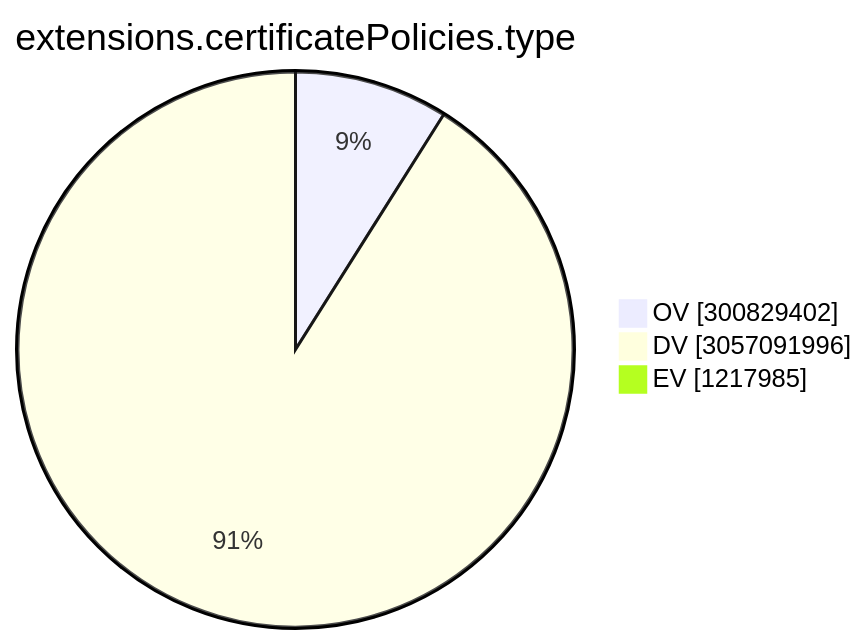
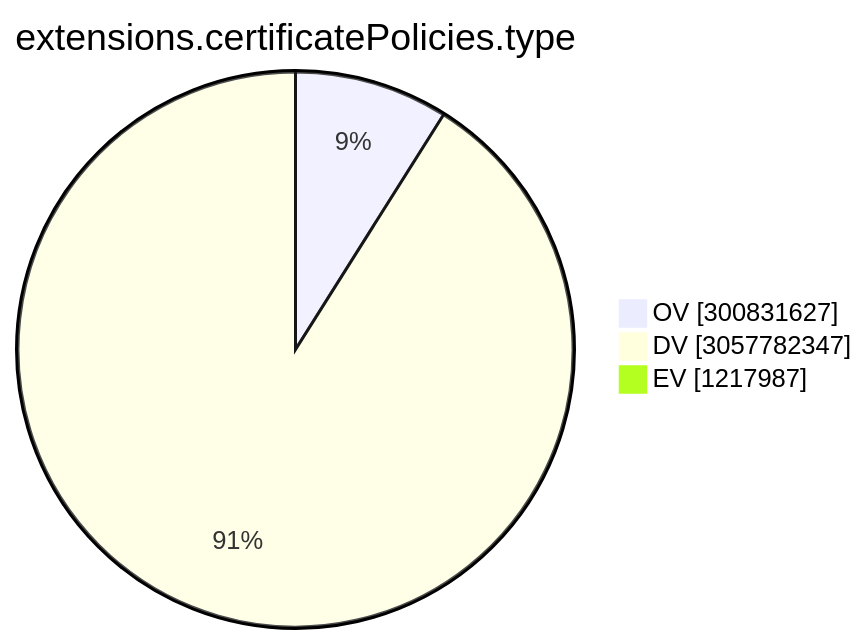
The ninth of 15 diagrams in TOTAL/README.md (christiankrug/ctmonitor_visualization), drawn with Mermaid before and after one commit. The commit also changed other lines of this file, not shown here.

````diff
--- a/TOTAL/README.md
+++ b/TOTAL/README.md
@@ -3102,7 +3102,7 @@
 ```mermaid
 pie showData
 title extensions.certificatePolicies.type
-"OV" :300829402
-"DV" :3057091996
-"EV" :1217985
+"OV" :300831627
+"DV" :3057782347
+"EV" :1217987
 ```
````
